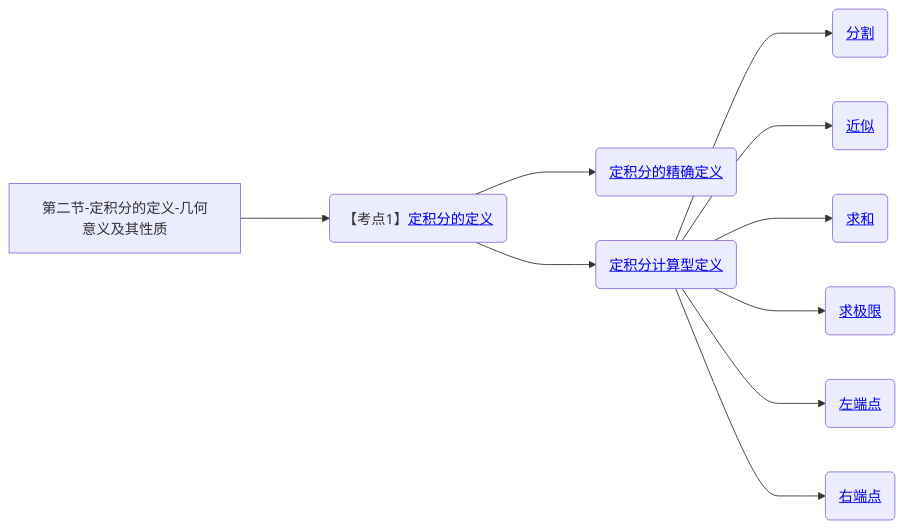
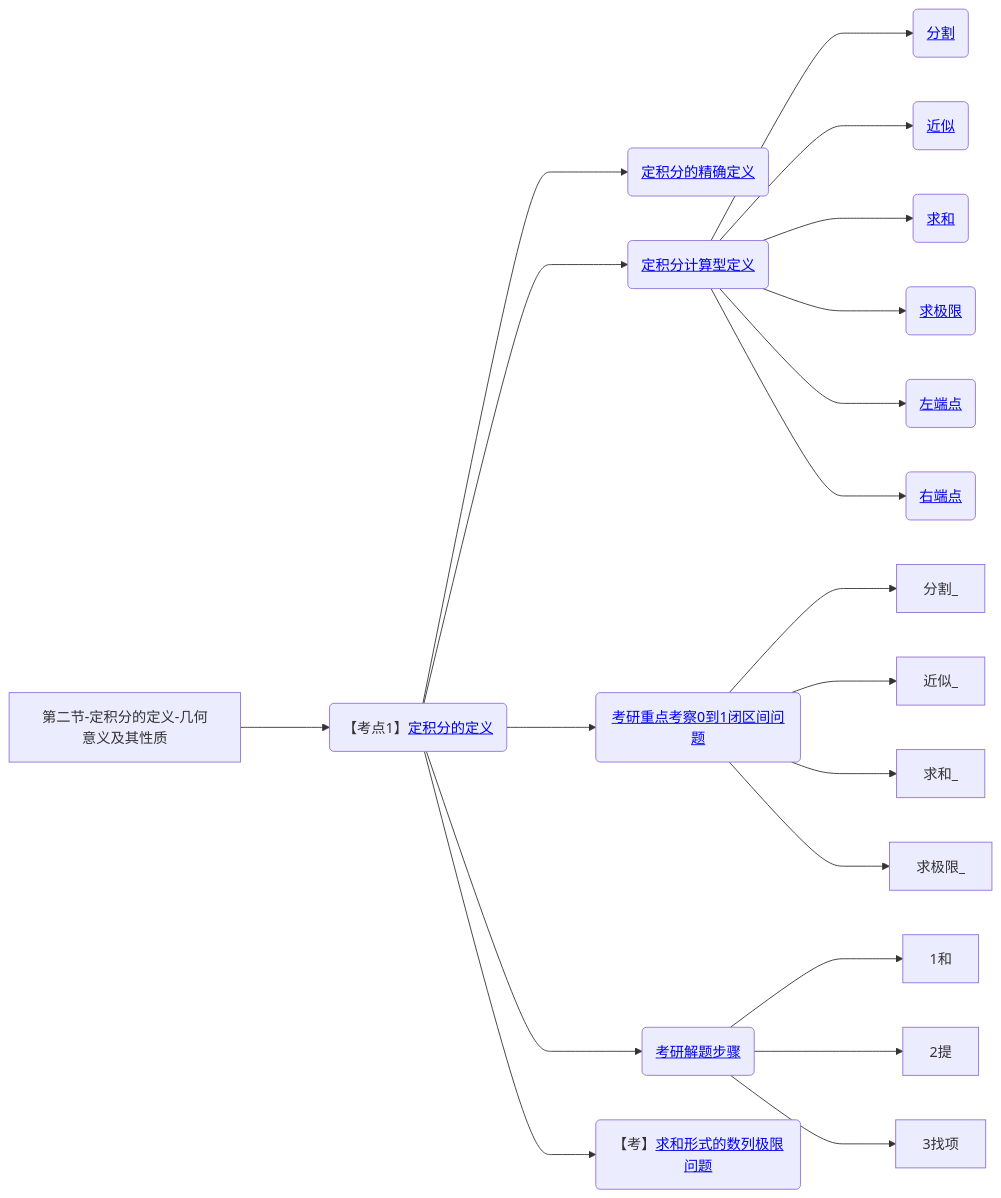
One commit to yuebinghui/note changed diagram 19 of 19 in 笔记/数学/周洋鑫/01.基础班思维导图.md. Above: the diagram before and after it, drawn with Mermaid. The commit also changed 9 other files, not shown here.

````diff
--- a/笔记/数学/周洋鑫/01.基础班思维导图.md
+++ b/笔记/数学/周洋鑫/01.基础班思维导图.md
@@ -694,17 +694,31 @@
 ```mermaid
 graph LR
 第二节-定积分的定义-几何意义及其性质
 
 第二节-定积分的定义-几何意义及其性质--->定积分的定义(【考点1】<a href="/Users/yuebinghui/Documents/program/github/note/笔记/数学/周洋鑫/基础班/21.定积分的定义_1.md#定积分的定义">定积分的定义</>)
 
 定积分的定义--->定积分的精确定义(<a href="/Users/yuebinghui/Documents/program/github/note/笔记/数学/周洋鑫/基础班/21.定积分的定义_1.md#定积分的精确定义">定积分的精确定义</>)
 定积分的精确定义
 定积分的定义--->定积分计算型定义(<a href="/Users/yuebinghui/Documents/program/github/note/笔记/数学/周洋鑫/基础班/21.定积分的定义_1.md#定积分计算型定义">定积分计算型定义</>)
 定积分计算型定义--->分割(<a href="/Users/yuebinghui/Documents/program/github/note/笔记/数学/周洋鑫/基础班/21.定积分的定义_1.md#分割">分割</>)
 定积分计算型定义--->近似(<a href="/Users/yuebinghui/Documents/program/github/note/笔记/数学/周洋鑫/基础班/21.定积分的定义_1.md#近似">近似</>)
 定积分计算型定义--->求和(<a href="/Users/yuebinghui/Documents/program/github/note/笔记/数学/周洋鑫/基础班/21.定积分的定义_1.md#求和">求和</>)
 定积分计算型定义--->求极限(<a href="/Users/yuebinghui/Documents/program/github/note/笔记/数学/周洋鑫/基础班/21.定积分的定义_1.md#求极限">求极限</>)
 定积分计算型定义--->左端点(<a href="/Users/yuebinghui/Documents/program/github/note/笔记/数学/周洋鑫/基础班/21.定积分的定义_1.md#左端点">左端点</>)
 定积分计算型定义--->右端点(<a href="/Users/yuebinghui/Documents/program/github/note/笔记/数学/周洋鑫/基础班/21.定积分的定义_1.md#右端点">右端点</>)
 
+定积分的定义--->考研重点考察0到1闭区间问题(<a href="/Users/yuebinghui/Documents/program/github/note/笔记/数学/周洋鑫/基础班/21.定积分的定义_1.md#考研重点考察0到1闭区间问题">考研重点考察0到1闭区间问题</>)
+考研重点考察0到1闭区间问题--->分割_
+考研重点考察0到1闭区间问题--->近似_
+考研重点考察0到1闭区间问题--->求和_
+考研重点考察0到1闭区间问题--->求极限_
+
+定积分的定义--->考研解题步骤(<a href="/Users/yuebinghui/Documents/program/github/note/笔记/数学/周洋鑫/基础班/21.定积分的定义_1.md#考研解题步骤">考研解题步骤</>)
+考研解题步骤--->1和
+考研解题步骤--->2提
+考研解题步骤--->3找项
+
+定积分的定义--->求和形式的数列极限问题(【考】<a href="/Users/yuebinghui/Documents/program/github/note/笔记/数学/周洋鑫/基础班/21.定积分的定义_1.md#求和形式的数列极限问题">求和形式的数列极限问题</>)
+
+
 ```
````
